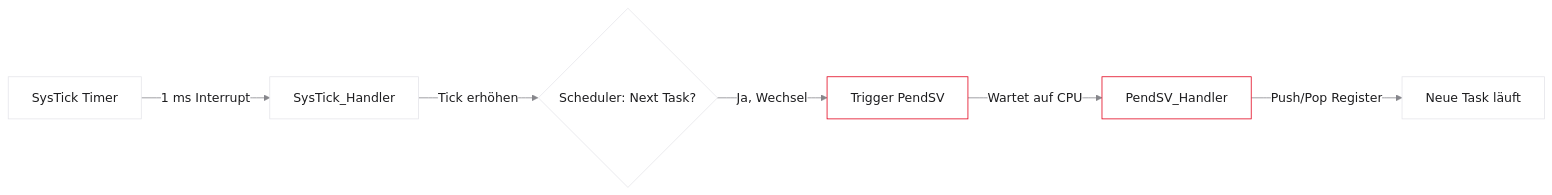
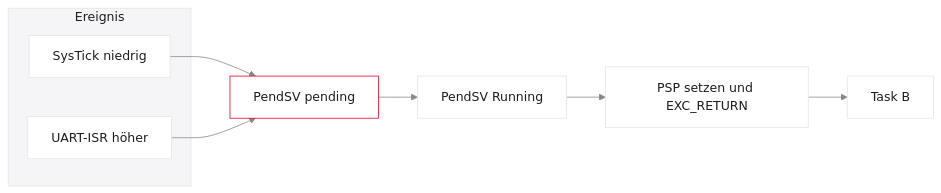
Before and after one commit to dantschi/echtzeitsysteme: the eighth of 8 diagrams in vorlesungen/02_scheduling-theorie.qmd, drawn with Mermaid. The commit also changed other lines of this file and 1 other file, not shown here.

First line of the commit message:
VL2: Scheduling-Beispiele durchrechnen und kooperativen Dispatcher korrigieren.

````diff
--- a/vorlesungen/02_scheduling-theorie.qmd
+++ b/vorlesungen/02_scheduling-theorie.qmd
@@ -896,12 +962,15 @@
 ```{mermaid}
 %%| fig-width: 7
 %%{init: {'theme': 'base', 'themeVariables': {'background': '#FFFFFF', 'primaryColor': '#FFFFFF', 'primaryBorderColor': '#E5E5EA', 'primaryTextColor': '#1D1D1F', 'lineColor': '#86868B', 'secondaryColor': '#F5F5F7', 'tertiaryColor': '#FFFFFF', 'mainBkg': '#FFFFFF', 'nodeBorder': '#E5E5EA', 'clusterBkg': '#F5F5F7', 'clusterBorder': '#E5E5EA', 'titleColor': '#1D1D1F', 'edgeLabelBackground': '#FFFFFF'}}}%%
 flowchart LR
-    A[SysTick Timer] -->|1 ms Interrupt| B[SysTick_Handler]
-    B -->|Tick erhöhen| C{Scheduler: Next Task?}
-    C -->|Ja, Wechsel| D[Trigger PendSV]
-    D -->|Wartet auf CPU| E[PendSV_Handler]
-    E -->|Push/Pop Register| F[Neue Task läuft]
-    style D fill:#FFFFFF,stroke:#E2001A,stroke-width:2px !important
-    style E fill:#FFFFFF,stroke:#E2001A,stroke-width:2px !important
+  subgraph evt [Ereignis]
+    ST[SysTick niedrig]
+    UART[UART-ISR höher]
+  end
+  ST --> PEND[PendSV pending]
+  UART --> PEND
+  PEND --> RUN[PendSV Running]
+  RUN --> PSP[PSP setzen und EXC_RETURN]
+  PSP --> TB[Task B]
+  style PEND fill:#FFFFFF,stroke:#E2001A,stroke-width:2px !important
 ```
````
